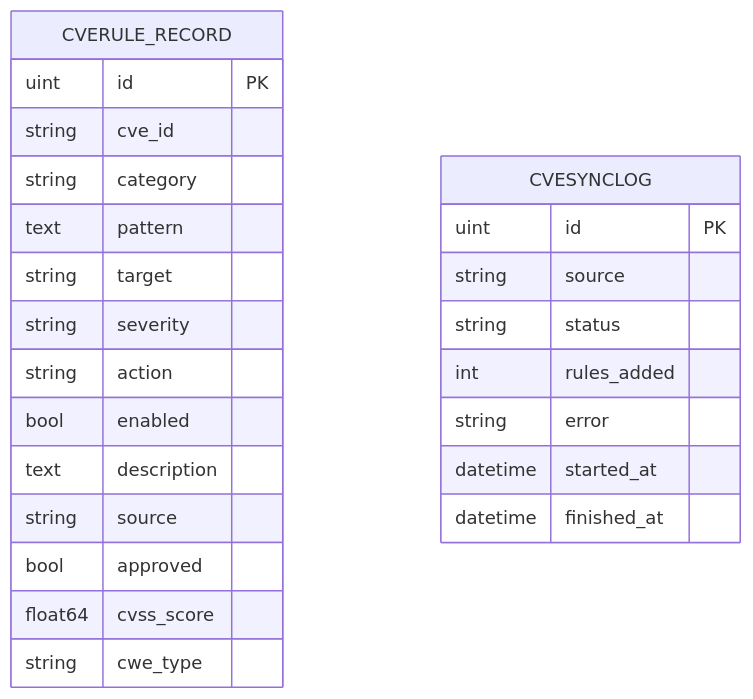
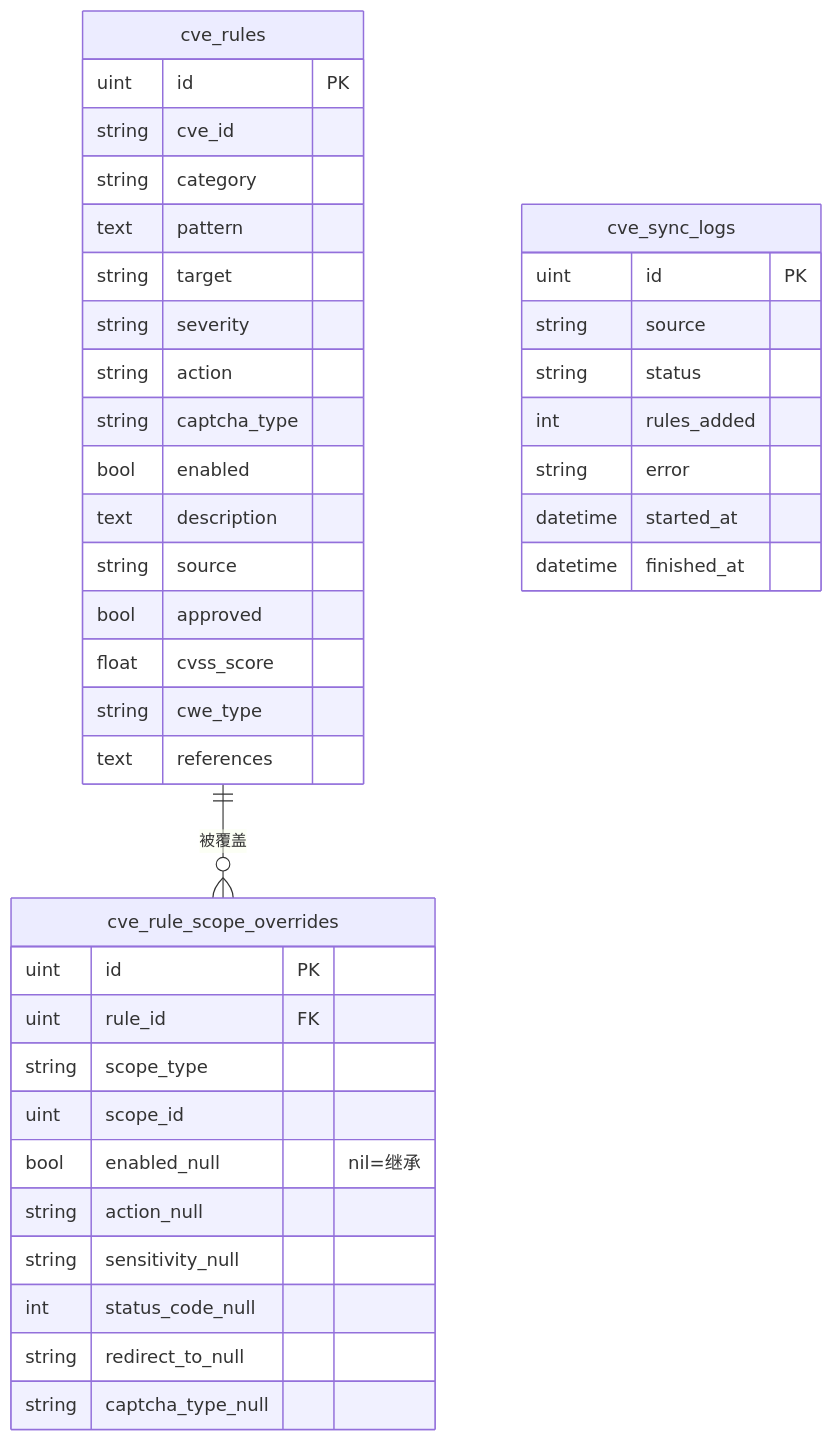
Before and after one commit to x01n/My-OpenWaf: the fourth of 4 diagrams in docs/安全防护功能/CVE 漏洞检测/CVE 规则管理.md, drawn with Mermaid. The commit also changed other lines of this file and 622 other files, not shown here.

````diff
--- a/docs/安全防护功能/CVE 漏洞检测/CVE 规则管理.md
+++ b/docs/安全防护功能/CVE 漏洞检测/CVE 规则管理.md
@@ -247,27 +219,42 @@
 ```mermaid
 erDiagram
-CVERULE_RECORD {
+cve_rules {
 uint id PK
 string cve_id
 string category
 text pattern
 string target
 string severity
 string action
+string captcha_type
 bool enabled
 text description
 string source
 bool approved
-float64 cvss_score
+float cvss_score
 string cwe_type
+text references
 }
-CVESYNCLOG {
+cve_rule_scope_overrides {
+uint id PK
+uint rule_id FK
+string scope_type
+uint scope_id
+bool enabled_null "nil=继承"
+string action_null
+string sensitivity_null
+int status_code_null
+string redirect_to_null
+string captcha_type_null
+}
+cve_sync_logs {
 uint id PK
 string source
 string status
 int rules_added
 string error
 datetime started_at
 datetime finished_at
 }
+cve_rules ||--o{ cve_rule_scope_overrides : "被覆盖"
 ```
````
